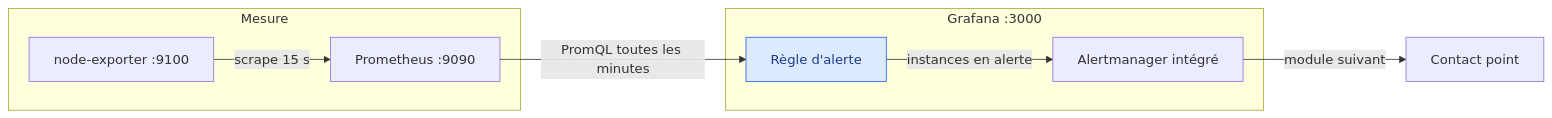
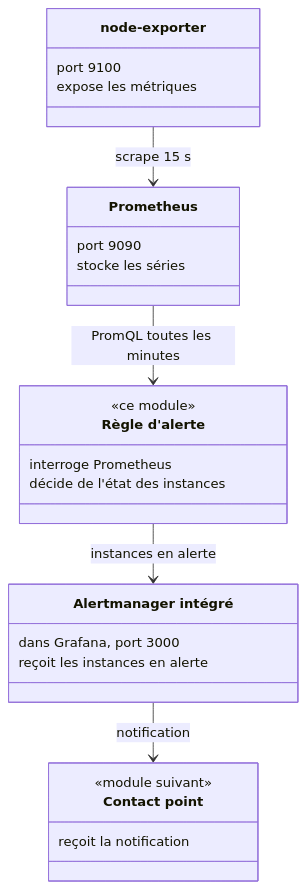
One commit to Gooseppr/GevOps_LC changed the first of 3 diagrams in courses/grafana/18_grafana_alerting.md. Above: the diagram before and after it, drawn with Mermaid. The commit also changed other lines of this file and 2 other files, not shown here.

Commit message:
Auto commit & push depuis script pipeline

````diff
--- a/courses/grafana/18_grafana_alerting.md
+++ b/courses/grafana/18_grafana_alerting.md
@@ -40,13 +40,29 @@
 ```mermaid
-flowchart LR
-    subgraph MESURE["Mesure"]
-        N["node-exporter :9100"] -->|scrape 15 s| P["Prometheus :9090"]
-    end
-    subgraph GRAFANA["Grafana :3000"]
-        R["Règle d'alerte"] -->|instances en alerte| A["Alertmanager intégré"]
-    end
-    P -->|PromQL toutes les minutes| R
-    A -->|module suivant| C["Contact point"]
-    classDef actif fill:#dbeafe,stroke:#2563eb,color:#1e3a8a
-    class R actif
+classDiagram
+    direction TB
+    class NE["node-exporter"] {
+        port 9100
+        expose les métriques
+    }
+    class PR["Prometheus"] {
+        port 9090
+        stocke les séries
+    }
+    class RE["Règle d'alerte"] {
+        <<ce module>>
+        interroge Prometheus
+        décide de l'état des instances
+    }
+    class AM["Alertmanager intégré"] {
+        dans Grafana, port 3000
+        reçoit les instances en alerte
+    }
+    class CP["Contact point"] {
+        <<module suivant>>
+        reçoit la notification
+    }
+    NE --> PR : scrape 15 s
+    PR --> RE : PromQL toutes les minutes
+    RE --> AM : instances en alerte
+    AM --> CP : notification
 ```
````
